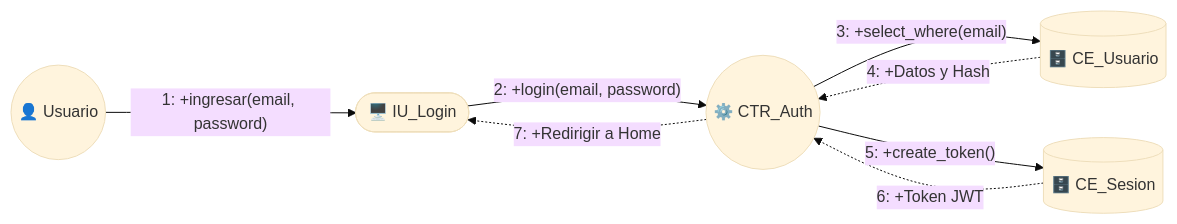
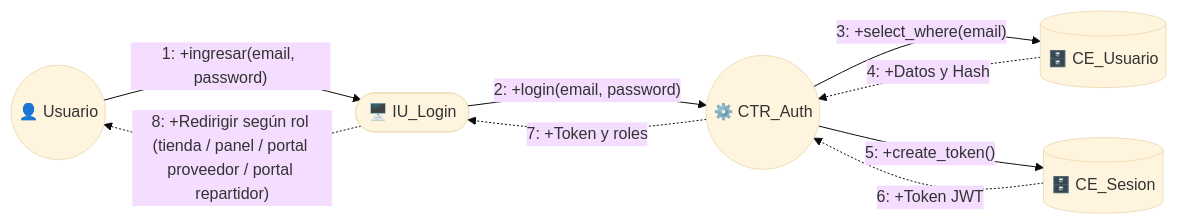
Before and after one commit to jc-larry/ecommerce-fashionstore: the ninth of 53 diagrams in Ciclo1.md, drawn with Mermaid (base theme). The commit also changed other lines of this file and 267 other files, not shown here.

````diff
--- a/Ciclo1.md
+++ b/Ciclo1.md
@@ -746,16 +850,17 @@
 ```mermaid
 flowchart LR
     Actor(("👤 Usuario"))
     IU(["🖥️ IU_Login"])
     CTR(("⚙️ CTR_Auth"))
     ENT[("🗄️ CE_Usuario")]
     ENT_S[("🗄️ CE_Sesion")]
 
     Actor -- "1: +ingresar(email, password)" --> IU
     IU -- "2: +login(email, password)" --> CTR
     CTR -- "3: +select_where(email)" --> ENT
     ENT -. "4: +Datos y Hash" .-> CTR
     CTR -- "5: +create_token()" --> ENT_S
     ENT_S -. "6: +Token JWT" .-> CTR
-    CTR -. "7: +Redirigir a Home" .-> IU
+    CTR -. "7: +Token y roles" .-> IU
+    IU -. "8: +Redirigir según rol (tienda / panel / portal proveedor / portal repartidor)" .-> Actor
 ```
````
